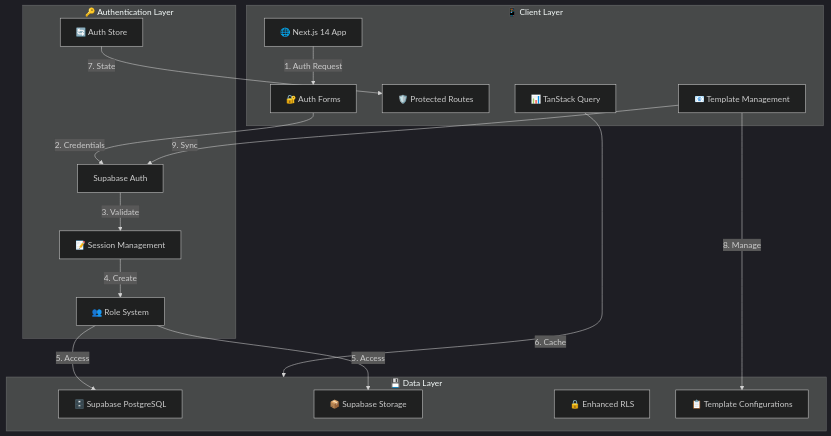
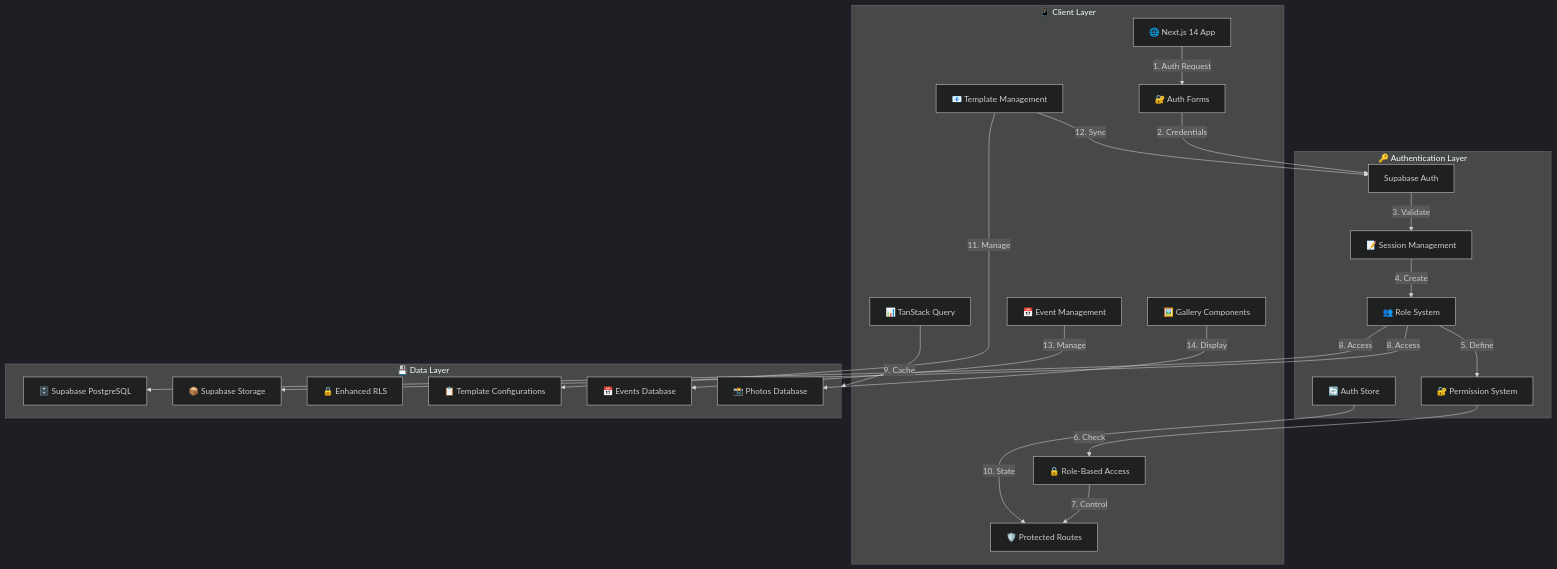
One commit to mrj0nesmtl/cloud-burst changed the first of 4 diagrams in docs/architecture/system_architecture_flowchart.md. Above: the diagram before and after it, drawn with Mermaid (dark theme). The commit also changed other lines of this file and 71 other files, not shown here.

Commit message:
Fix TypeScript errors in RBAC implementation and consolidate navigation components

````diff
--- a/docs/architecture/system_architecture_flowchart.md
+++ b/docs/architecture/system_architecture_flowchart.md
@@ -8,35 +8,46 @@
 ```mermaid
 flowchart TD
     subgraph Client[📱 Client Layer]
         WebApp[🌐 Next.js 14 App]
         AuthForms[🔐 Auth Forms]
         Protected[🛡️ Protected Routes]
         TanStack[📊 TanStack Query]
         Templates[📧 Template Management]
+        RBAC[🔒 Role-Based Access]
+        Events[📅 Event Management]
+        Gallery[🖼️ Gallery Components]
     end
 
     subgraph Auth[🔑 Authentication Layer]
         SupaAuth[Supabase Auth]
         Session[📝 Session Management]
         Roles[👥 Role System]
         Zustand[🔄 Auth Store]
+        Permissions[🔐 Permission System]
     end
 
     subgraph Data[💾 Data Layer]
         Database[🗄️ Supabase PostgreSQL]
         Storage[📦 Supabase Storage]
         RLS[🔒 Enhanced RLS]
         TemplateDB[📋 Template Configurations]
+        EventsDB[📅 Events Database]
+        PhotosDB[📸 Photos Database]
     end
 
     WebApp -->|1. Auth Request| AuthForms
     AuthForms -->|2. Credentials| SupaAuth
     SupaAuth -->|3. Validate| Session
     Session -->|4. Create| Roles
-    Roles -->|5. Access| Database
-    Roles -->|5. Access| Storage
-    TanStack -->|6. Cache| Data
-    Zustand -->|7. State| Protected
-    Templates -->|8. Manage| TemplateDB
-    Templates -->|9. Sync| SupaAuth
+    Roles -->|5. Define| Permissions
+    Permissions -->|6. Check| RBAC
+    RBAC -->|7. Control| Protected
+    Roles -->|8. Access| Database
+    Roles -->|8. Access| Storage
+    TanStack -->|9. Cache| Data
+    Zustand -->|10. State| Protected
+    Templates -->|11. Manage| TemplateDB
+    Templates -->|12. Sync| SupaAuth
+    Events -->|13. Manage| EventsDB
+    Gallery -->|14. Display| PhotosDB
 ```
````
